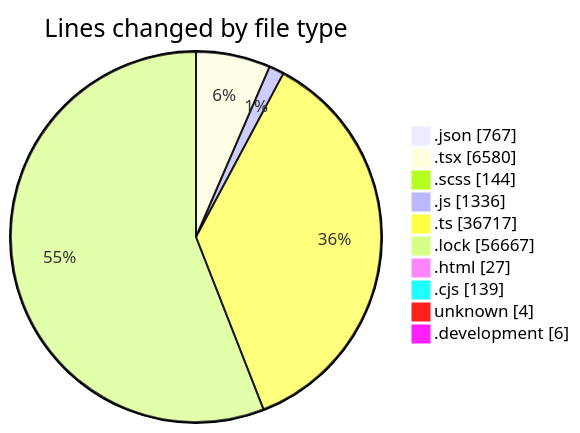
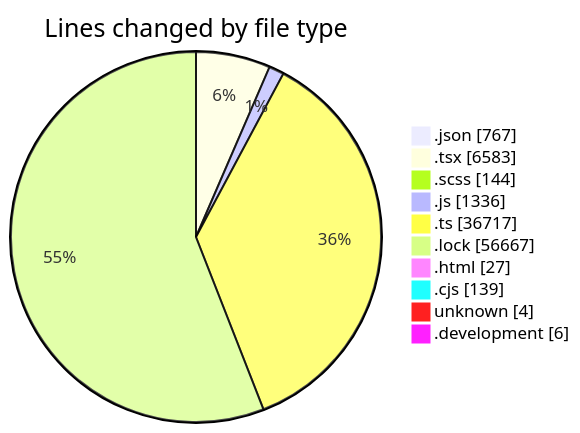
The first of 2 diagrams in 2026-09-03/cda/README.md (momahboobian/code-tracking), drawn with Mermaid before and after one commit. The commit also changed other lines of this file and 1 other file, not shown here.

````diff
--- a/2026-09-03/cda/README.md
+++ b/2026-09-03/cda/README.md
@@ -83,14 +83,14 @@
 ```mermaid
 pie showData
 title Lines changed by file type
 ".json" : 767
-".tsx" : 6580
+".tsx" : 6583
 ".scss" : 144
 ".js" : 1336
 ".ts" : 36717
 ".lock" : 56667
 ".html" : 27
 ".cjs" : 139
 "unknown" : 4
 ".development" : 6
 ```
````
